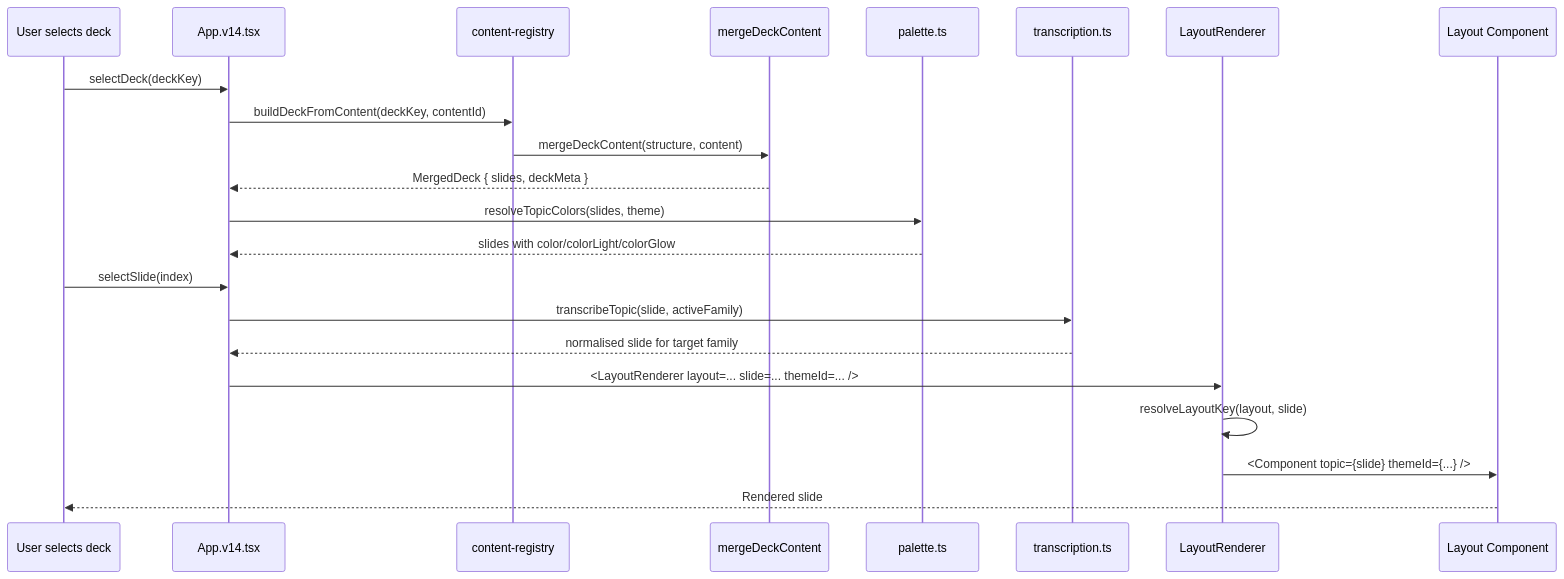
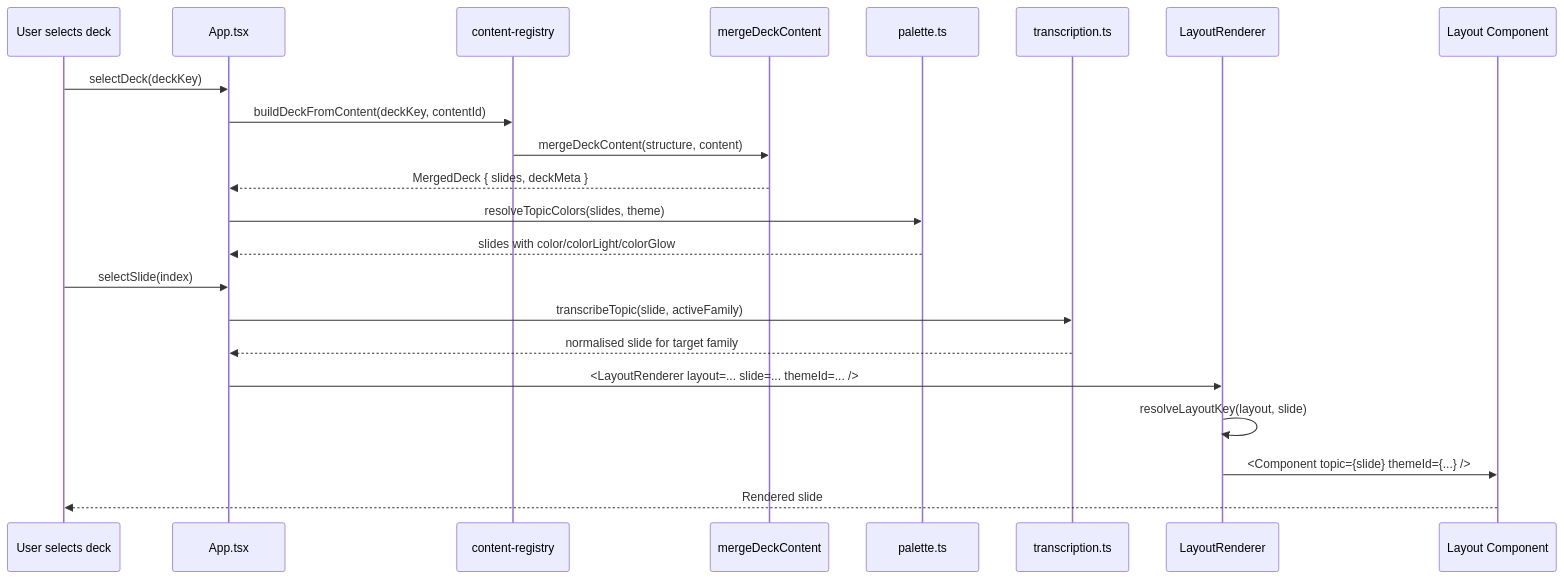
One commit to tafreeman/architecture-deck-system changed the diagram in docs/DOCUMENTATION-REVIEW.md. Above: the diagram before and after it, drawn with Mermaid. The commit also changed other lines of this file and 4 other files, not shown here.

````diff
--- a/docs/DOCUMENTATION-REVIEW.md
+++ b/docs/DOCUMENTATION-REVIEW.md
@@ -126,26 +126,26 @@
 ```mermaid
 sequenceDiagram
     participant U as User selects deck
-    participant A as App.v14.tsx
+    participant A as App.tsx
     participant CR as content-registry
     participant M as mergeDeckContent
     participant PAL as palette.ts
     participant TR as transcription.ts
     participant LR as LayoutRenderer
     participant C as Layout Component
 
     U->>A: selectDeck(deckKey)
     A->>CR: buildDeckFromContent(deckKey, contentId)
     CR->>M: mergeDeckContent(structure, content)
     M-->>A: MergedDeck { slides, deckMeta }
     A->>PAL: resolveTopicColors(slides, theme)
     PAL-->>A: slides with color/colorLight/colorGlow
 
     U->>A: selectSlide(index)
     A->>TR: transcribeTopic(slide, activeFamily)
     TR-->>A: normalised slide for target family
     A->>LR: <LayoutRenderer layout=... slide=... themeId=... />
     LR->>LR: resolveLayoutKey(layout, slide)
     LR->>C: <Component topic={slide} themeId={...} />
     C-->>U: Rendered slide
 ```
````
